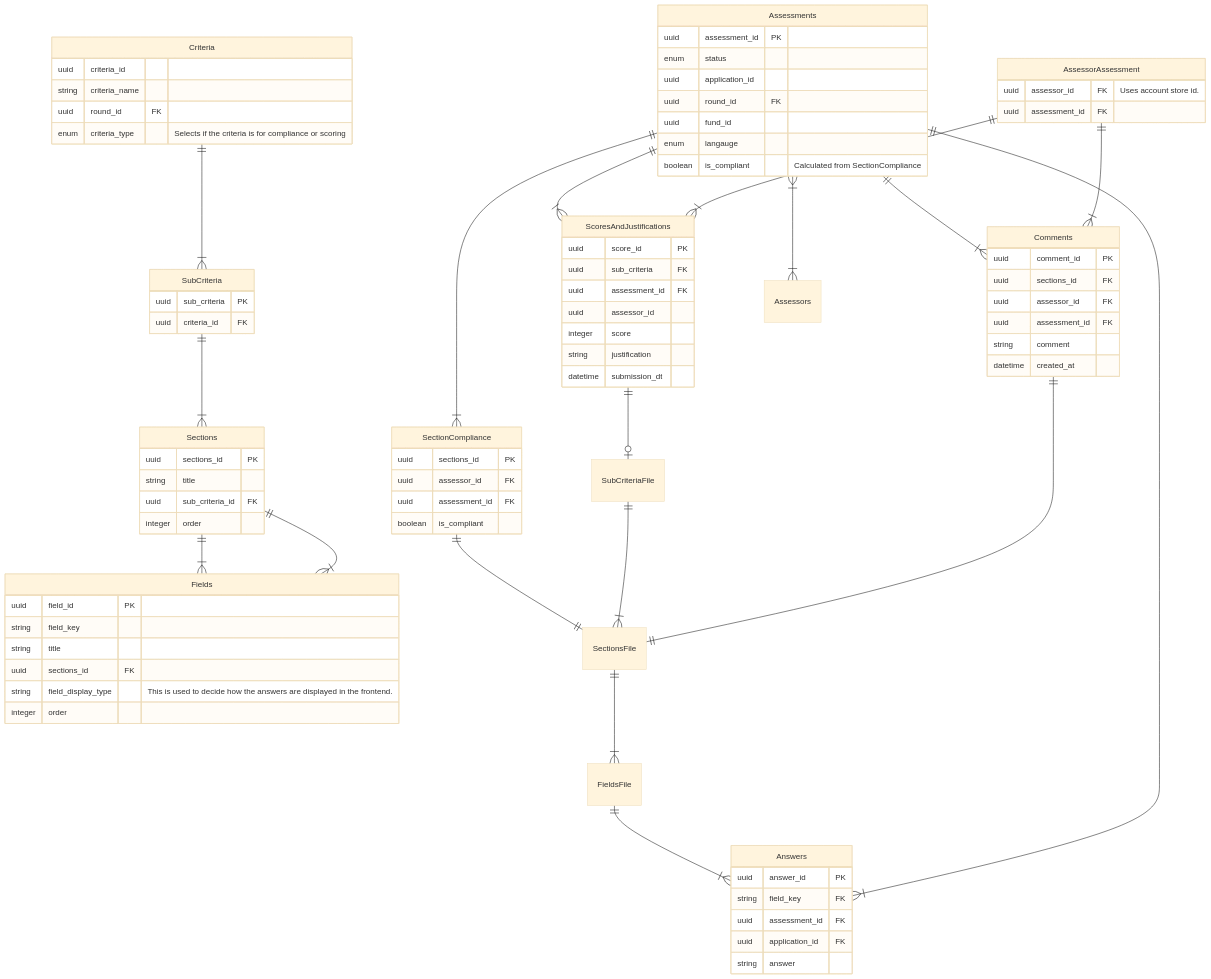
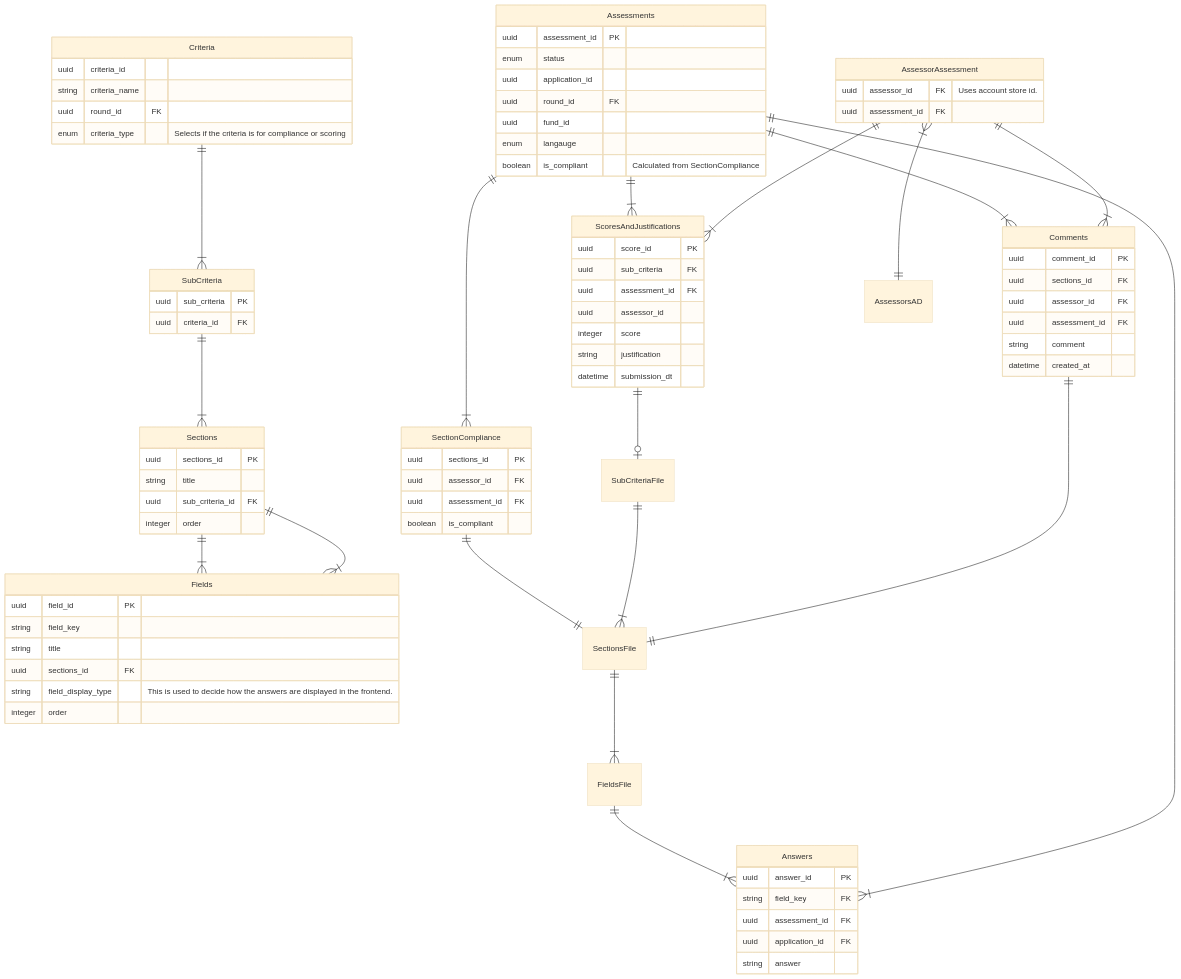
Before and after one commit to communitiesuk/funding-service-design-assessment-store: the diagram in diagrams/db_diagram.md, drawn with Mermaid (base theme).

```diff
--- a/diagrams/db_diagram.md
+++ b/diagrams/db_diagram.md
@@ -76,12 +76,12 @@
 	FieldsFile ||--|{ Answers : ""
 	Assessments ||--|{ ScoresAndJustifications : ""
 	ScoresAndJustifications ||--o| SubCriteriaFile : ""
-	Assessments }|--|{ Assessors : ""
 	Assessments ||--|{ Comments : ""
 	Assessments ||--|{ SectionCompliance : ""
 	Assessments ||--|{ Answers : ""
 	AssessorAssessment ||--|{ Comments : ""
 	AssessorAssessment ||--|{ ScoresAndJustifications : ""
+	AssessorAssessment }|--|| AssessorsAD : ""
 	Comments ||--|| SectionsFile : ""
 	
 	Criteria ||--|{ SubCriteria : ""
```
